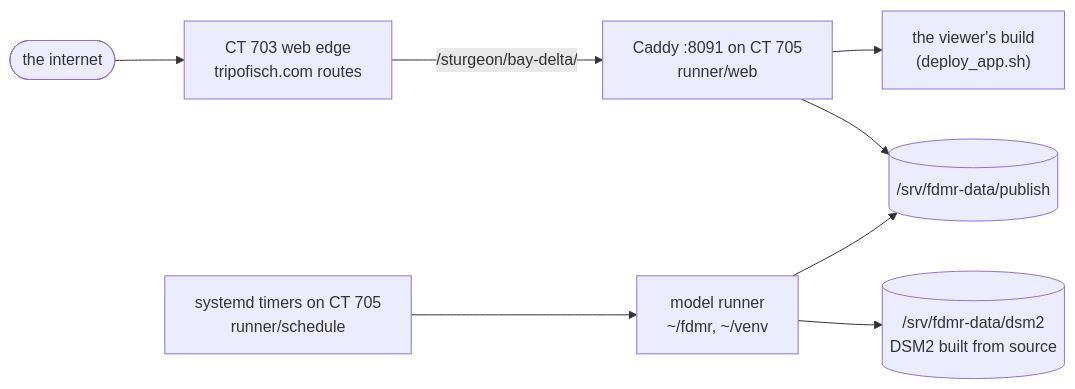
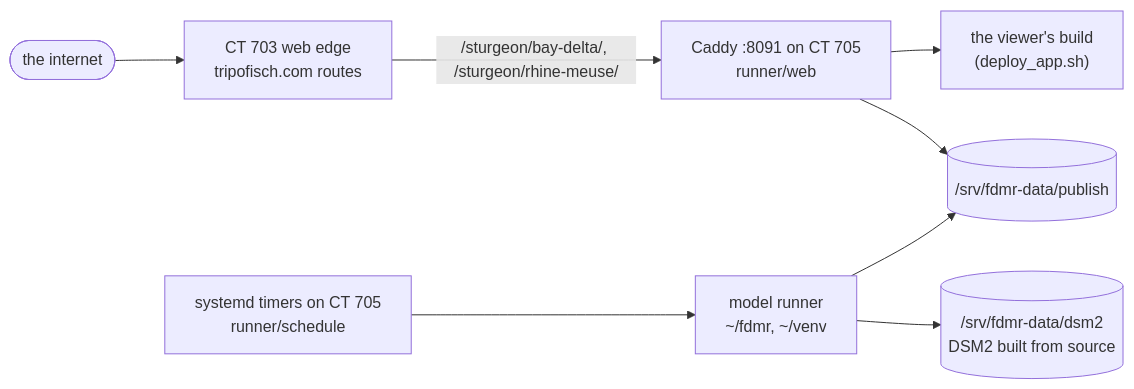
One commit to gavinfischer-keenan/FischerDeltaModelReturns changed the fourth of 4 diagrams in docs/how-it-works.md. Above: the diagram before and after it, drawn with Mermaid. The commit also changed 23 other files, not shown here.

First line of the commit message:
Rhine-Meuse river reaches run and publish (#23, stage 2)

````diff
--- a/docs/how-it-works.md
+++ b/docs/how-it-works.md
@@ -112,8 +112,8 @@
 ```mermaid
 flowchart LR
-  inet(["the internet"]) --> e["CT 703 web edge<br/>tripofisch.com routes"] -->|/sturgeon/bay-delta/| cad["Caddy :8091 on CT 705<br/>runner/web"]
+  inet(["the internet"]) --> e["CT 703 web edge<br/>tripofisch.com routes"] -->|"/sturgeon/bay-delta/, /sturgeon/rhine-meuse/"| cad["Caddy :8091 on CT 705<br/>runner/web"]
   cad --> app["the viewer's build<br/>(deploy_app.sh)"]
   cad --> pubd[("/srv/fdmr-data/publish")]
   tm["systemd timers on CT 705<br/>runner/schedule"] --> run["model runner<br/>~/fdmr, ~/venv"] --> pubd
   run --> dsm[("/srv/fdmr-data/dsm2<br/>DSM2 built from source")]
 ```
````
